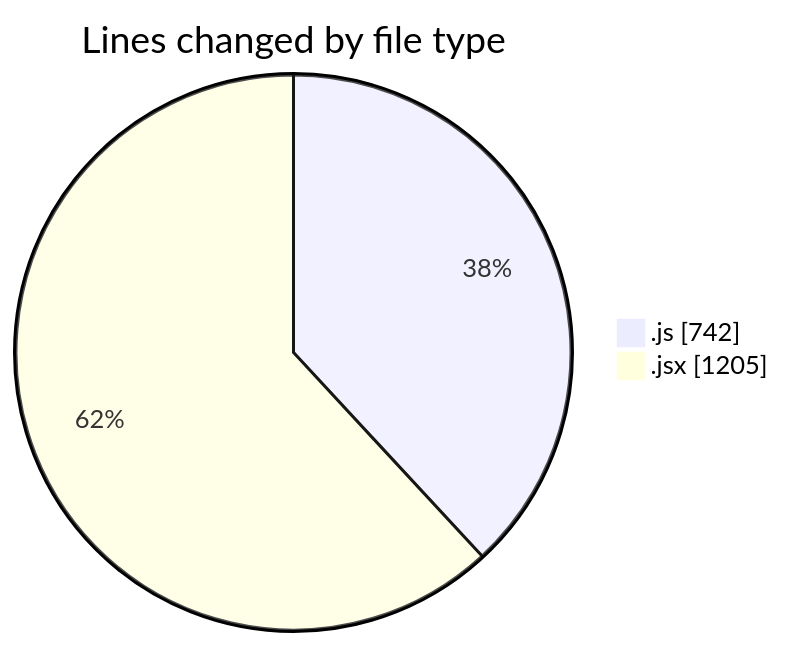
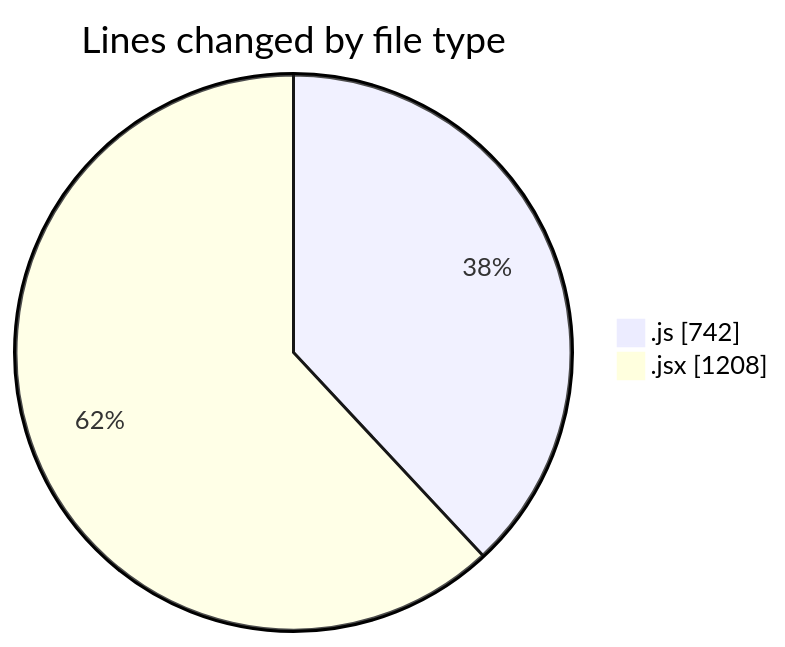
The first of 2 diagrams in 2025-08-29/nxtqube_webapp/README.md (nxtqubesakshisongat/code-tracking), drawn with Mermaid before and after one commit. The commit also changed other lines of this file and 1 other file, not shown here.

````diff
--- a/2025-08-29/nxtqube_webapp/README.md
+++ b/2025-08-29/nxtqube_webapp/README.md
@@ -23,6 +23,6 @@
 ```mermaid
 pie showData
 title Lines changed by file type
 ".js" : 742
-".jsx" : 1205
+".jsx" : 1208
 ```
````
